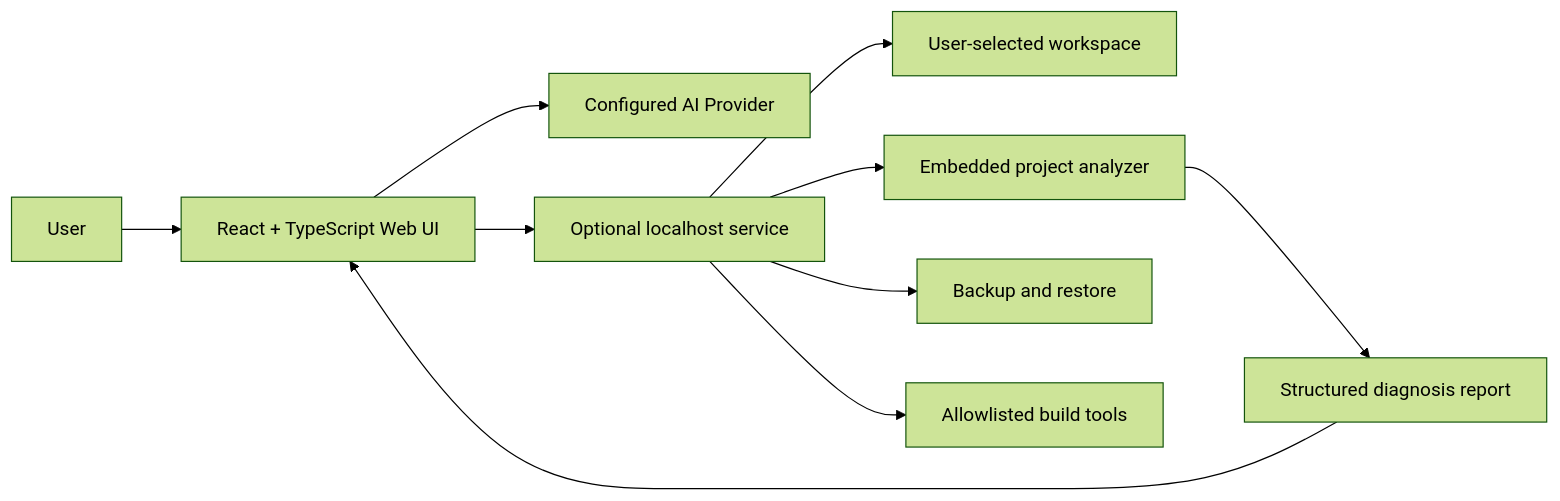
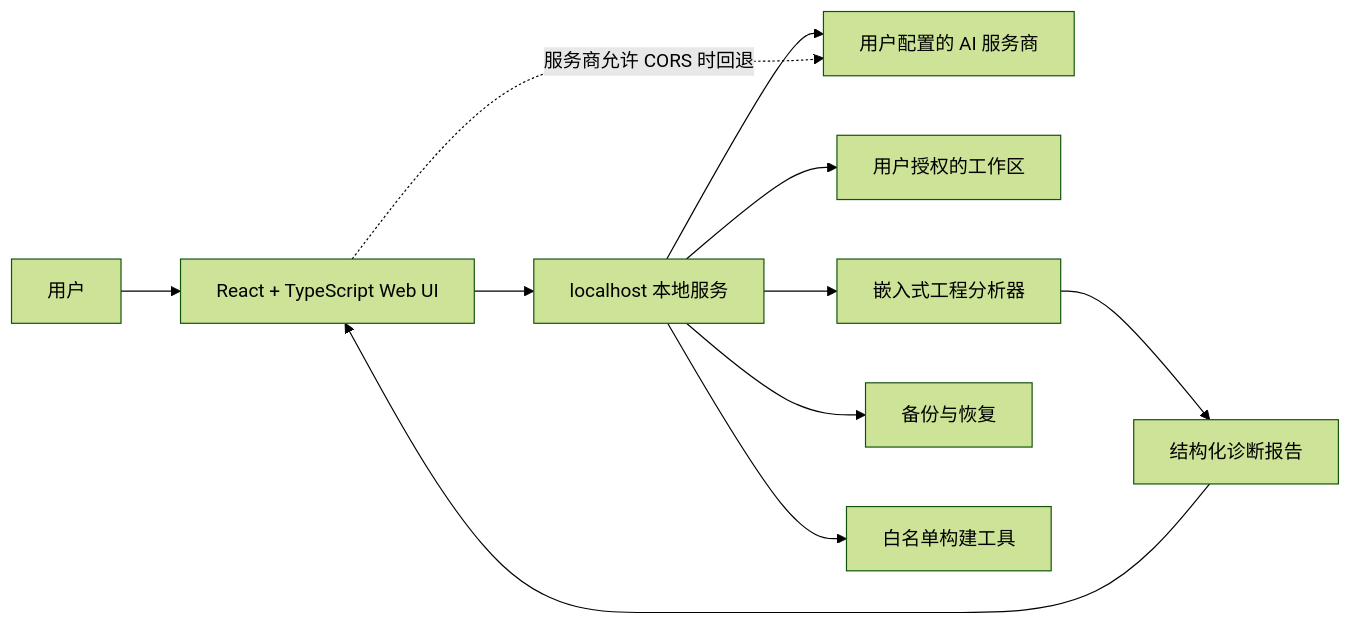
One commit to LEO-Ricardo20/MetaCore-AI changed the diagram in README.md. Above: the diagram before and after it, drawn with Mermaid (forest theme). The commit also changed other lines of this file and 1 other file, not shown here.

````diff
--- a/README.md
+++ b/README.md
@@ -62,12 +62,13 @@
 ```mermaid
 flowchart LR
-    User[User] --> Web[React + TypeScript Web UI]
-    Web --> AI[Configured AI Provider]
-    Web --> Local[Optional localhost service]
-    Local --> Workspace[User-selected workspace]
-    Local --> Analyzer[Embedded project analyzer]
-    Local --> Backup[Backup and restore]
-    Local --> Build[Allowlisted build tools]
-    Analyzer --> Report[Structured diagnosis report]
+    User[用户] --> Web[React + TypeScript Web UI]
+    Web --> Local[localhost 本地服务]
+    Local --> AI[用户配置的 AI 服务商]
+    Web -. 服务商允许 CORS 时回退 .-> AI
+    Local --> Workspace[用户授权的工作区]
+    Local --> Analyzer[嵌入式工程分析器]
+    Local --> Backup[备份与恢复]
+    Local --> Build[白名单构建工具]
+    Analyzer --> Report[结构化诊断报告]
     Report --> Web
 ```
````
